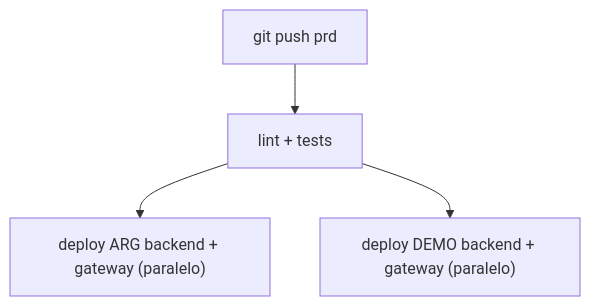
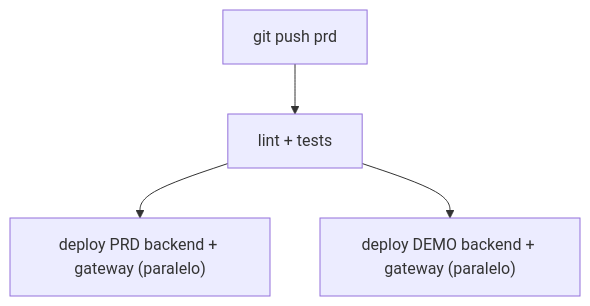
The third of 4 diagrams in docs/desarrollo/deploy/github-actions.md (GDI-AGPLv3/GDI-Docs), drawn with Mermaid before and after one commit. The commit also changed other lines of this file and 21 other files, not shown here.

````diff
--- a/docs/desarrollo/deploy/github-actions.md
+++ b/docs/desarrollo/deploy/github-actions.md
@@ -137,6 +137,6 @@
 ```mermaid
 graph TD
     A["git push prd"] --> B["lint + tests"]
-    B --> C["deploy ARG backend + gateway (paralelo)"]
+    B --> C["deploy PRD backend + gateway (paralelo)"]
     B --> D["deploy DEMO backend + gateway (paralelo)"]
 ```
````
